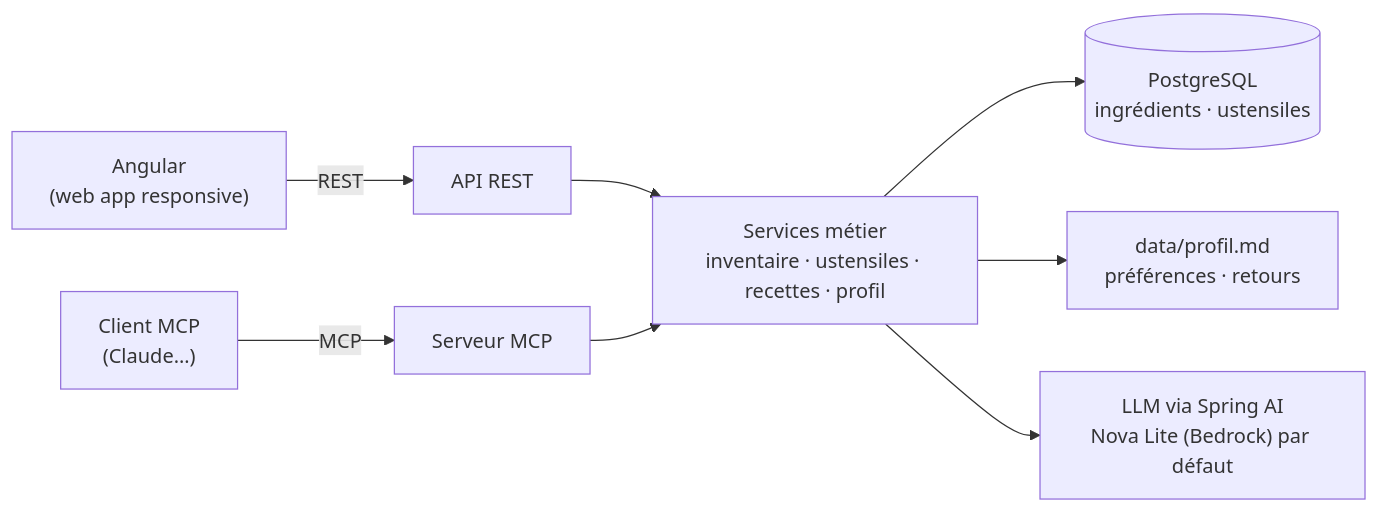
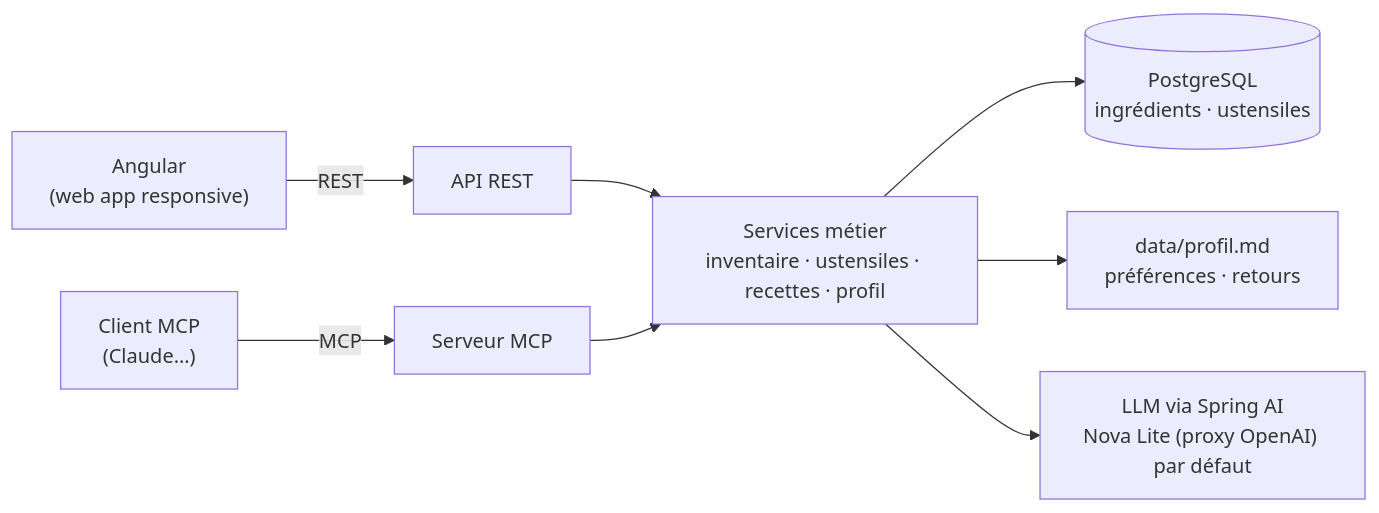
The diagram in README.md (emocio-tech/AntiGaspi), drawn with Mermaid before and after one commit. The commit also changed other lines of this file and 8 other files, not shown here.

First line of the commit message:
feat: Nova Lite via le proxy compatible OpenAI comme fournisseur LLM par défaut

````diff
--- a/README.md
+++ b/README.md
@@ -120,10 +120,10 @@
 ```mermaid
 flowchart LR
     UI["Angular<br/>(web app responsive)"] -->|REST| API["API REST"]
     MCPC["Client MCP<br/>(Claude…)"] -->|MCP| MCPS["Serveur MCP"]
     API --> SVC["Services métier<br/>inventaire · ustensiles · recettes · profil"]
     MCPS --> SVC
     SVC --> DB[("PostgreSQL<br/>ingrédients · ustensiles")]
     SVC --> MD["data/profil.md<br/>préférences · retours"]
-    SVC --> LLM["LLM via Spring AI<br/>Nova Lite (Bedrock) par défaut"]
+    SVC --> LLM["LLM via Spring AI<br/>Nova Lite (proxy OpenAI) par défaut"]
 ```
````
